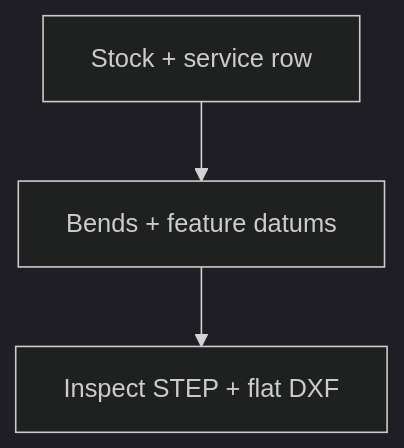
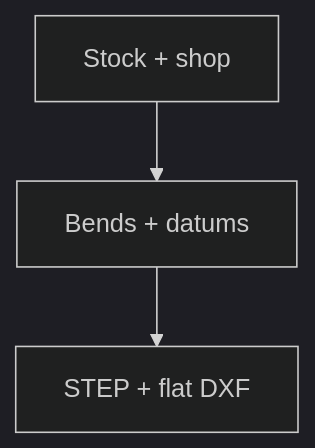
Before and after one commit to Valpatel/cad-agent: the second of 3 diagrams in docs/research/manufacturing/sheet-metal-file-and-hole-review.md, drawn with Mermaid (dark theme). The commit also changed other lines of this file, not shown here.

Commit message:
Keep manufacturing workflow diagrams within narrow phone columns

````diff
--- a/docs/research/manufacturing/sheet-metal-file-and-hole-review.md
+++ b/docs/research/manufacturing/sheet-metal-file-and-hole-review.md
@@ -82,8 +82,8 @@
 ```mermaid
 flowchart TD
-    S["Stock + service row"] --> B["Bends + feature datums"]
-    B --> E["Inspect STEP + flat DXF"]
+    S["Stock + shop"] --> B["Bends + datums"]
+    B --> E["STEP + flat DXF"]
     class S here
     class B near
     class E out
 ```
````
